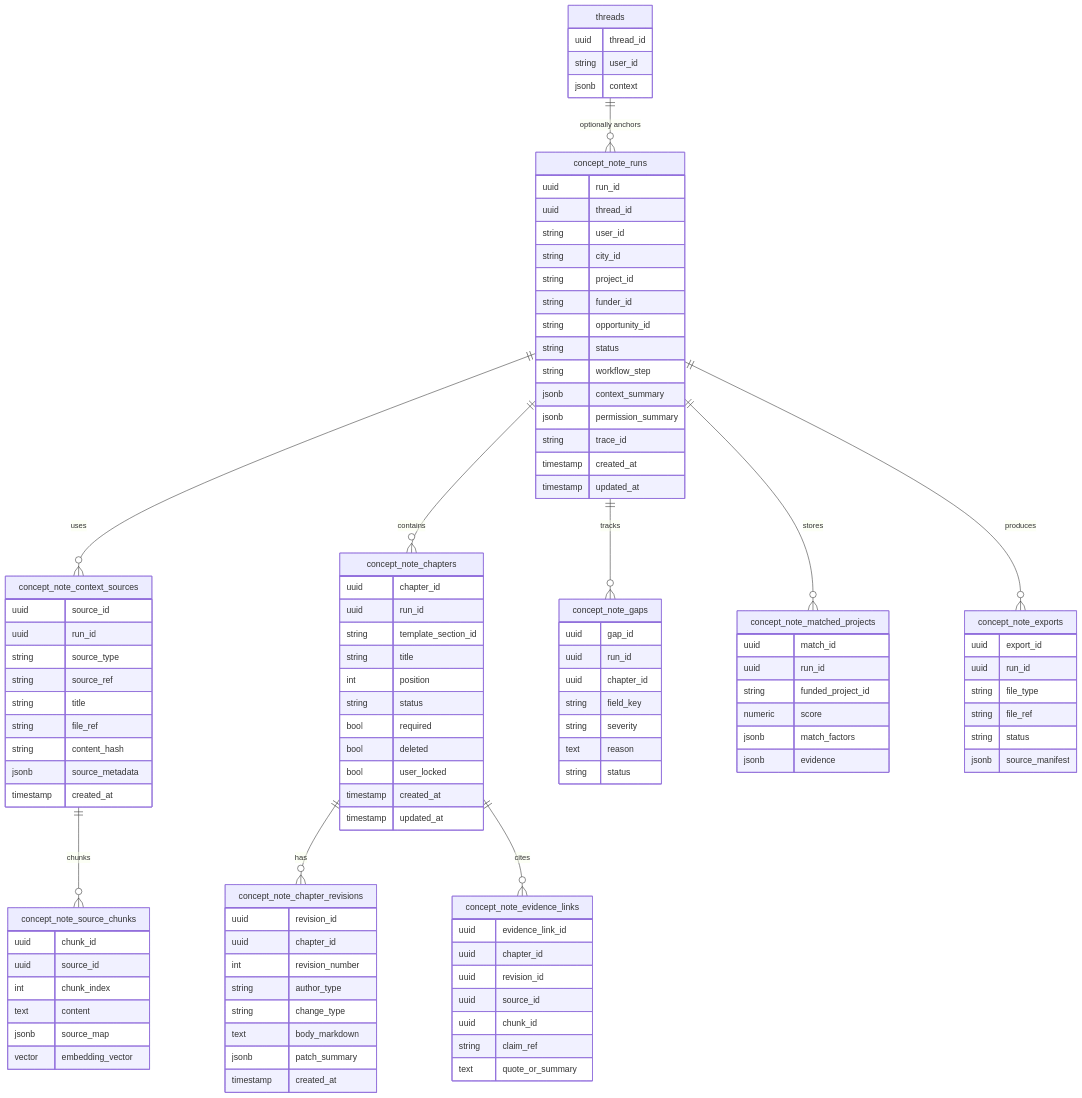
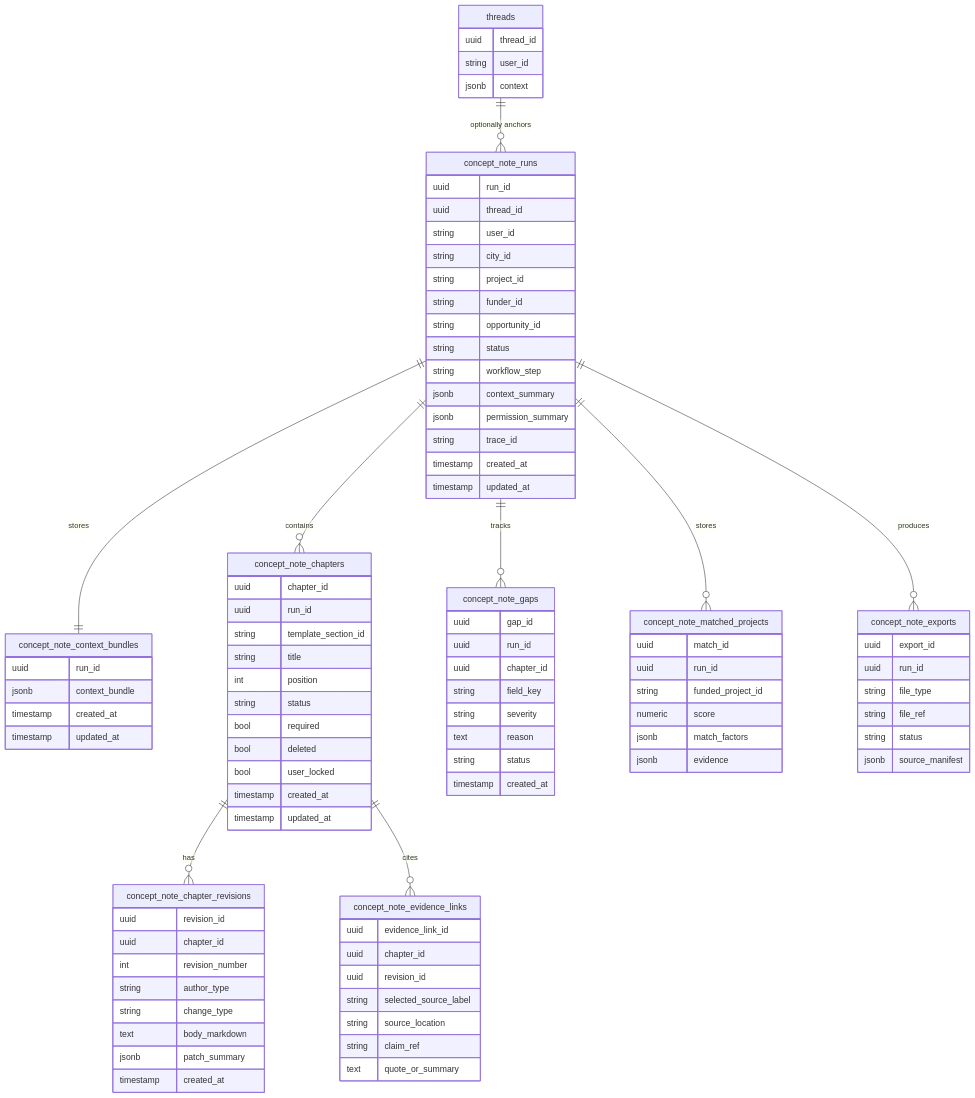
One commit to Open-Earth-Foundation/CityCatalyst changed the fifth of 14 diagrams in docs/ConceptNoteBuilderArchitecture.md. Above: the diagram before and after it, drawn with Mermaid. The commit also changed other lines of this file, not shown here.

Commit message:
docs: store context bundle instead of source chunks

````diff
--- a/docs/ConceptNoteBuilderArchitecture.md
+++ b/docs/ConceptNoteBuilderArchitecture.md
@@ -328,14 +328,13 @@
 ```mermaid
 erDiagram
     threads ||--o{ concept_note_runs : "optionally anchors"
-    concept_note_runs ||--o{ concept_note_context_sources : "uses"
+    concept_note_runs ||--|| concept_note_context_bundles : "stores"
     concept_note_runs ||--o{ concept_note_chapters : "contains"
     concept_note_runs ||--o{ concept_note_gaps : "tracks"
     concept_note_runs ||--o{ concept_note_matched_projects : "stores"
     concept_note_runs ||--o{ concept_note_exports : "produces"
     concept_note_chapters ||--o{ concept_note_chapter_revisions : "has"
     concept_note_chapters ||--o{ concept_note_evidence_links : "cites"
-    concept_note_context_sources ||--o{ concept_note_source_chunks : "chunks"
 
     threads {
         uuid thread_id
@@ -360,25 +359,22 @@
         timestamp updated_at
     }
 
-    concept_note_context_sources {
-        uuid source_id
+    concept_note_context_bundles {
         uuid run_id
-        string source_type
-        string source_ref
-        string title
-        string file_ref
-        string content_hash
-        jsonb source_metadata
+        jsonb context_bundle
         timestamp created_at
+        timestamp updated_at
     }
 
-    concept_note_source_chunks {
-        uuid chunk_id
-        uuid source_id
-        int chunk_index
-        text content
-        jsonb source_map
-        vector embedding_vector
+    concept_note_gaps {
+        uuid gap_id
+        uuid run_id
+        uuid chapter_id
+        string field_key
+        string severity
+        text reason
+        string status
+        timestamp created_at
     }
 
     concept_note_chapters {
@@ -410,20 +406,10 @@
         uuid evidence_link_id
         uuid chapter_id
         uuid revision_id
-        uuid source_id
-        uuid chunk_id
+        string selected_source_label
+        string source_location
         string claim_ref
         text quote_or_summary
-    }
-
-    concept_note_gaps {
-        uuid gap_id
-        uuid run_id
-        uuid chapter_id
-        string field_key
-        string severity
-        text reason
-        string status
     }
 
     concept_note_matched_projects {
````
